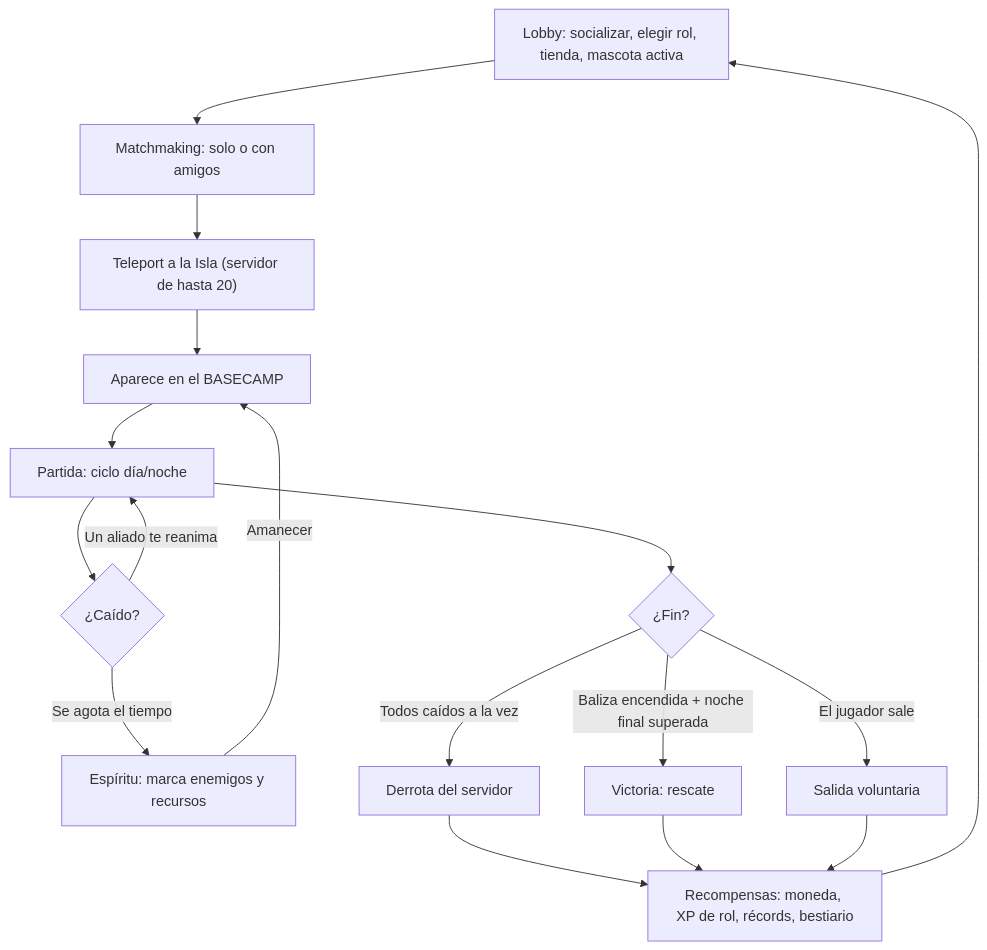
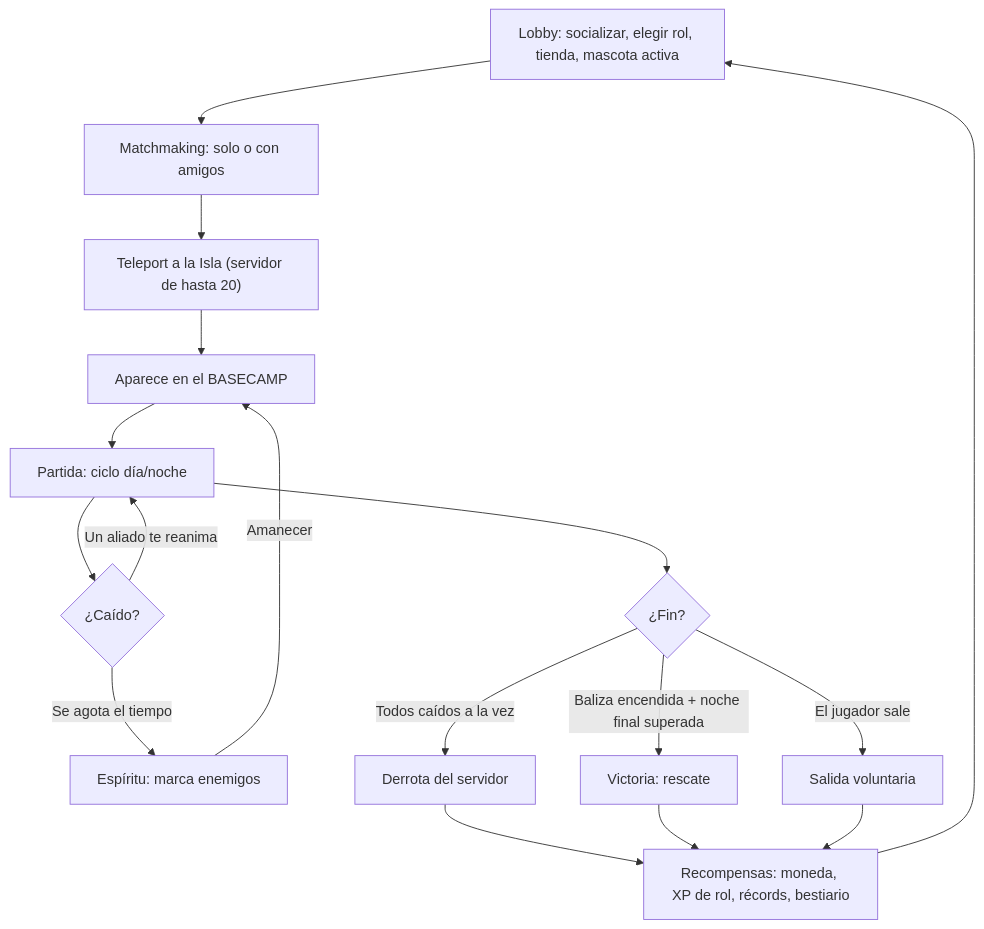
Before and after one commit to Discosofia/Monkey_Island_2026: the first of 7 diagrams in docs/GDD.md, drawn with Mermaid. The commit also changed other lines of this file and 7 other files, not shown here.

````diff
--- a/docs/GDD.md
+++ b/docs/GDD.md
@@ -59,19 +59,19 @@
 ```mermaid
 flowchart TD
   L["Lobby: socializar, elegir rol, tienda, mascota activa"] --> Q["Matchmaking: solo o con amigos"]
   Q --> T["Teleport a la Isla (servidor de hasta 20)"]
   T --> B["Aparece en el BASECAMP"]
   B --> P["Partida: ciclo día/noche"]
   P --> C{"¿Caído?"}
   C -->|"Un aliado te reanima"| P
-  C -->|"Se agota el tiempo"| E["Espíritu: marca enemigos y recursos"]
+  C -->|"Se agota el tiempo"| E["Espíritu: marca enemigos"]
   E -->|"Amanecer"| B
   P --> R{"¿Fin?"}
   R -->|"Todos caídos a la vez"| D["Derrota del servidor"]
   R -->|"Baliza encendida + noche final superada"| V["Victoria: rescate"]
   R -->|"El jugador sale"| X["Salida voluntaria"]
   D --> RW["Recompensas: moneda, XP de rol, récords, bestiario"]
   V --> RW
   X --> RW
   RW --> L
 ```
````
